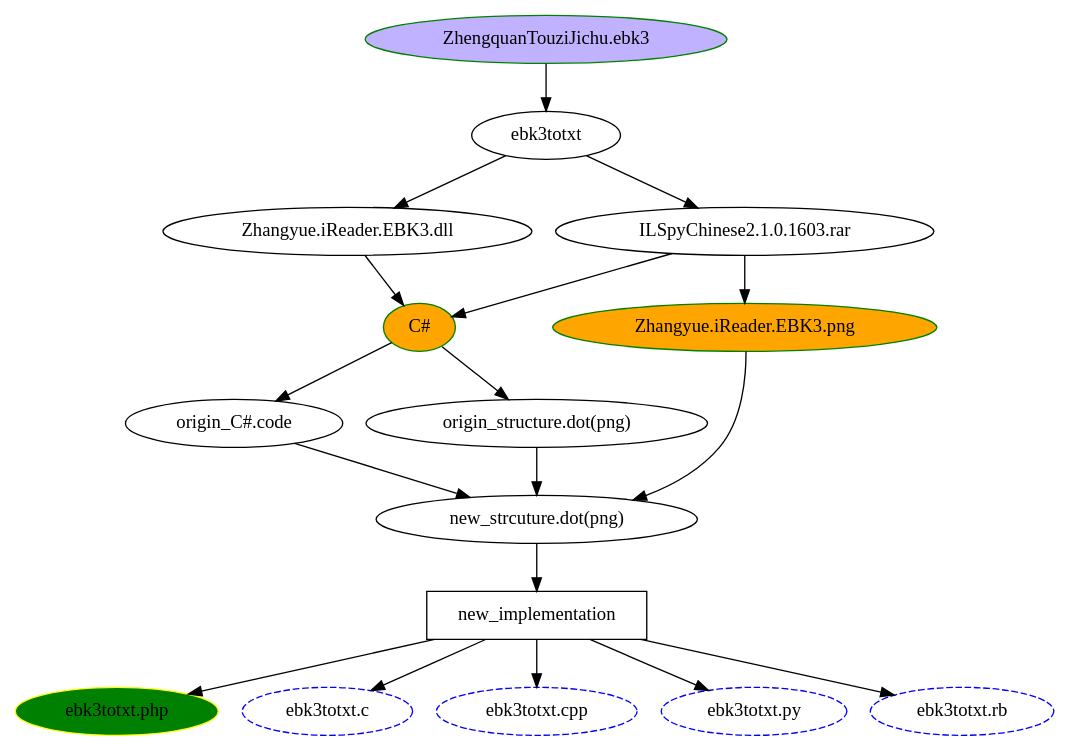
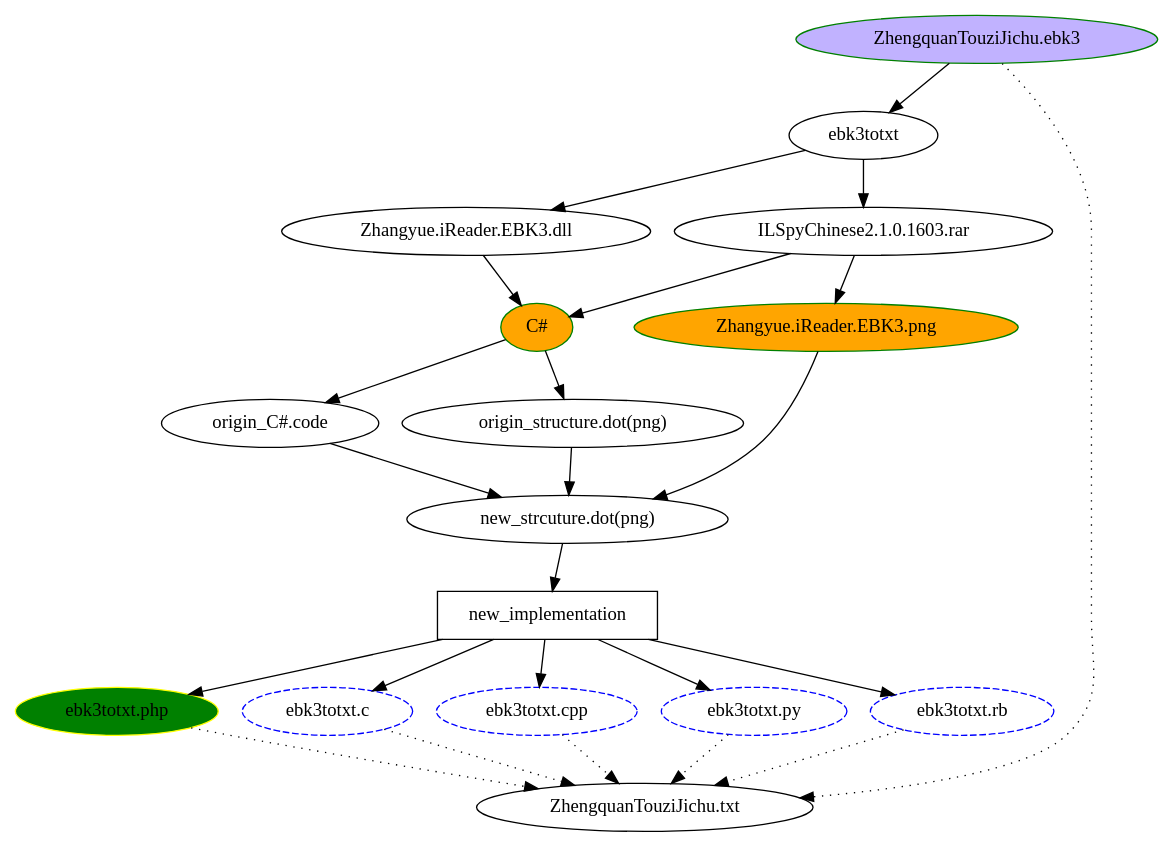
One commit to smalldegree/ebk3totxt changed the diagram in src/project.dot. Above: the diagram before and after it, drawn with Graphviz. The commit also changed 1 other file, not shown here.

```diff
--- a/src/project.dot
+++ b/src/project.dot
@@ -1,36 +1,43 @@
 digraph project
 {
     "ZhengquanTouziJichu.ebk3" [color=green, style=filled, fillcolor=".7 .3 1.0"];
     "ZhengquanTouziJichu.ebk3"->ebk3totxt;
+    "ZhengquanTouziJichu.ebk3"->"ZhengquanTouziJichu.txt" [style=dotted];
 
     ebk3totxt->"Zhangyue.iReader.EBK3.dll";
     ebk3totxt->"ILSpyChinese2.1.0.1603.rar";
     
     "Zhangyue.iReader.EBK3.dll"->"C#";
     "ILSpyChinese2.1.0.1603.rar"->"C#";
     "ILSpyChinese2.1.0.1603.rar"->"Zhangyue.iReader.EBK3.png";
 
     "C#" [color=green, style=filled, fillcolor="orange"];
     "C#"->"origin_C#.code";
     "C#"->"origin_structure.dot(png)";
 
     "Zhangyue.iReader.EBK3.png" [color=green, style=filled, fillcolor="orange"];
     "Zhangyue.iReader.EBK3.png"->"new_strcuture.dot(png)";
 
     "origin_C#.code"->"new_strcuture.dot(png)";
     "origin_structure.dot(png)"->"new_strcuture.dot(png)";
 
     "new_strcuture.dot(png)"->"new_implementation";
     new_implementation [shape=box];
     new_implementation->"ebk3totxt.php";
     new_implementation->"ebk3totxt.c";
     new_implementation->"ebk3totxt.cpp";
     new_implementation->"ebk3totxt.py";
     new_implementation->"ebk3totxt.rb";
     
     "ebk3totxt.php" [color=yellow, style=filled, fillcolor="green"];
     "ebk3totxt.c" [color=blue, style=dashed];
     "ebk3totxt.cpp" [color=blue, style=dashed];
     "ebk3totxt.py" [color=blue, style=dashed];
     "ebk3totxt.rb" [color=blue, style=dashed];
+
+    "ebk3totxt.php"->"ZhengquanTouziJichu.txt" [style=dotted];
+    "ebk3totxt.c"->"ZhengquanTouziJichu.txt" [style=dotted];
+    "ebk3totxt.cpp"->"ZhengquanTouziJichu.txt" [style=dotted];
+    "ebk3totxt.py"->"ZhengquanTouziJichu.txt" [style=dotted];
+    "ebk3totxt.rb"->"ZhengquanTouziJichu.txt" [style=dotted];
 }
```
